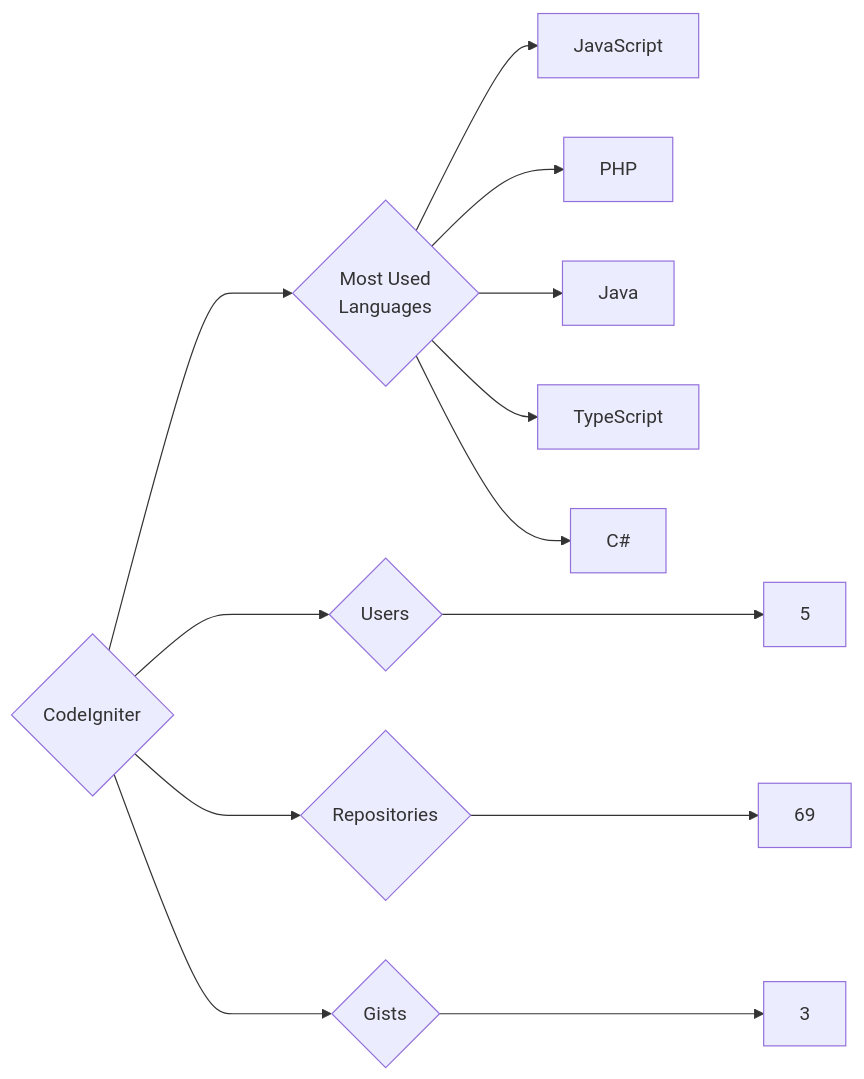
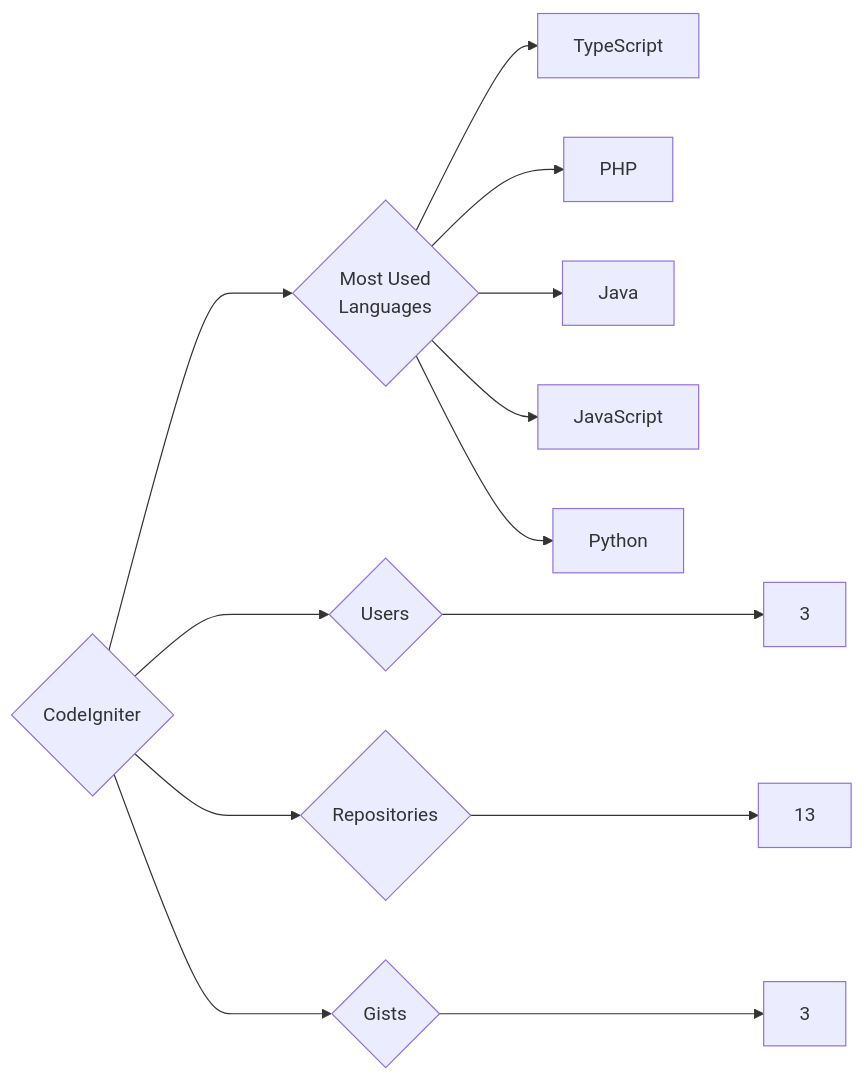
Before and after one commit to trickest/insiders: the diagram in targets/CodeIgniter/README.md, drawn with Mermaid. The commit also changed 942 other files, not shown here.

````diff
--- a/targets/CodeIgniter/README.md
+++ b/targets/CodeIgniter/README.md
@@ -3,13 +3,13 @@
 ```mermaid
 graph LR
 COMPANY_NAME{CodeIgniter}
-COMPANY_NAME ---> U{Users} ---> UN[5]
-COMPANY_NAME ---> R{Repositories} ---> RN[69]
+COMPANY_NAME ---> U{Users} ---> UN[3]
+COMPANY_NAME ---> R{Repositories} ---> RN[13]
 COMPANY_NAME ---> G{Gists} ---> GN[3]
 COMPANY_NAME ---> ML{Most Used<br>Languages}
-ML --> JavaScript[JavaScript]
+ML --> TypeScript[TypeScript]
 ML --> PHP[PHP]
 ML --> Java[Java]
-ML --> TypeScript[TypeScript]
-ML --> C#[C#]
+ML --> JavaScript[JavaScript]
+ML --> Python[Python]
 ```
````
